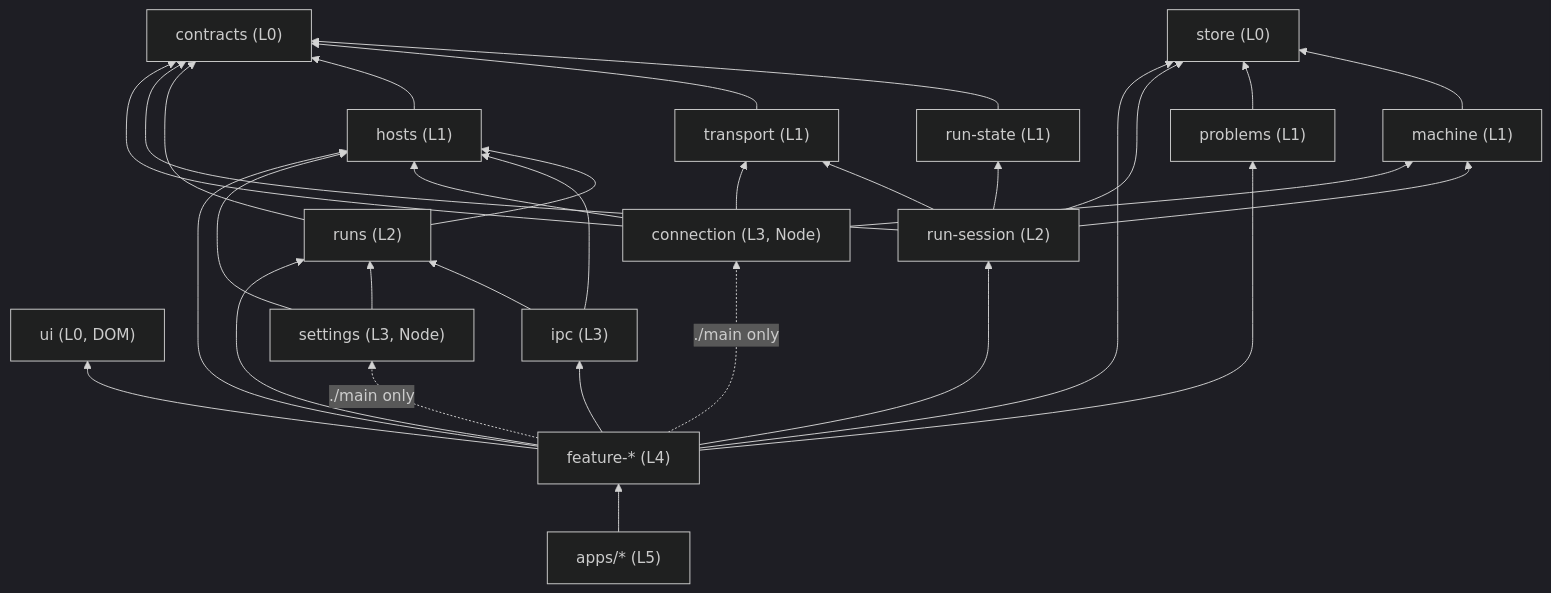
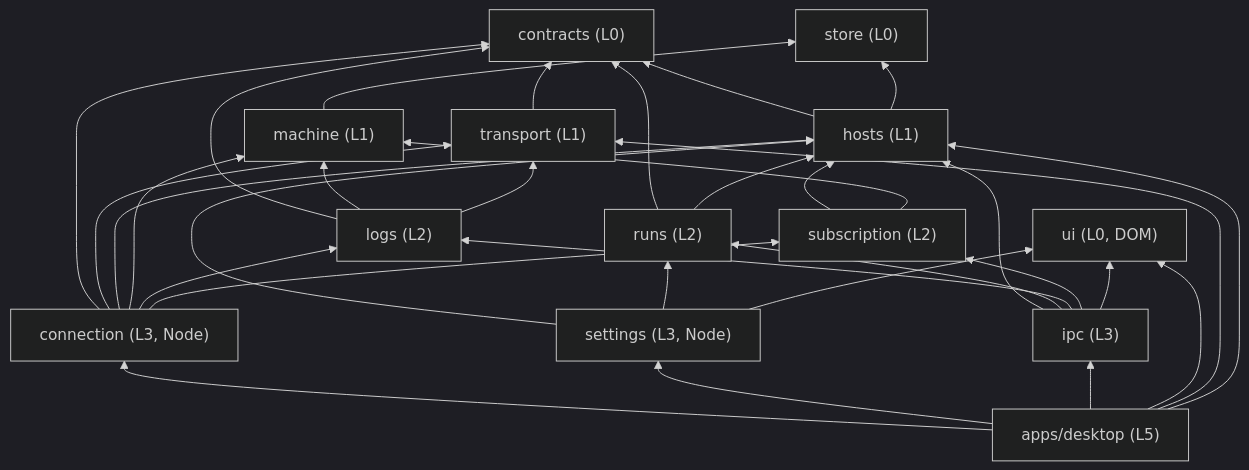
The diagram in docs/contributing/clients-architecture.md (uw-syfi/vibesys), drawn with Mermaid (dark theme) before and after one commit. The commit also changed other lines of this file and 1169 other files, not shown here.

First line of the commit message:
refactor(desktop): delete the legacy desktop app, its features and the tooling that served them

````diff
--- a/docs/contributing/clients-architecture.md
+++ b/docs/contributing/clients-architecture.md
@@ -95,19 +79,16 @@
 ```mermaid
 flowchart BT
   contracts["contracts (L0)"]
   ui["ui (L0, DOM)"]
   store["store (L0)"]
-  run-state["run-state (L1)"] --> contracts
   transport["transport (L1)"] --> contracts
-  hosts["hosts (L1)"] --> contracts
+  hosts["hosts (L1)"] --> contracts & store
   runs["runs (L2)"] --> contracts & hosts
   machine["machine (L1)"] --> store
-  problems["problems (L1)"] --> store
-  run-session["run-session (L2)"] --> contracts & run-state & transport & store & machine
-  ipc["ipc (L3)"] --> hosts & runs
-  connection["connection (L3, Node)"] --> contracts & transport & hosts & machine
-  settings["settings (L3, Node)"] --> hosts & runs
-  features["feature-* (L4)"] --> run-session & runs & hosts & ipc & ui & store & problems
-  features -. "./main only" .-> connection & settings
-  apps["apps/* (L5)"] --> features
+  logs["logs (L2)"] --> contracts & machine & transport
+  subscription["subscription (L2)"] --> hosts & machine
+  ipc["ipc (L3)"] --> hosts & runs & logs & subscription & ui
+  connection["connection (L3, Node)"] --> contracts & transport & hosts & machine & logs & subscription
+  settings["settings (L3, Node)"] --> hosts & runs & ui
+  desktop["apps/desktop (L5)"] --> connection & settings & ipc & ui & transport & hosts
 ```
````
